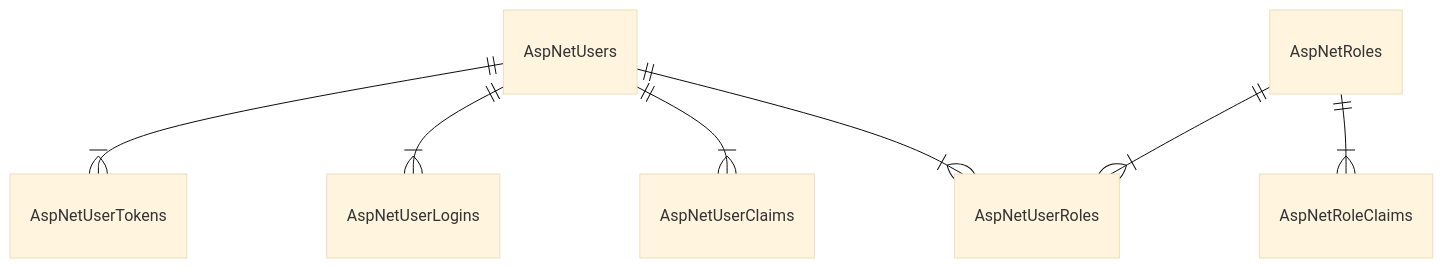
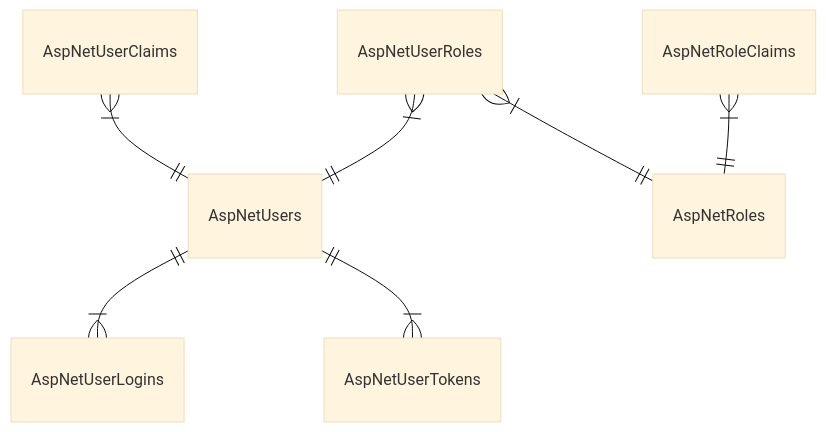
One commit to tsctsc6/Hugo-Website changed the diagram in content/post/Use-Aspnet-Identity-In-Aspnet-Web-API.md. Above: the diagram before and after it, drawn with Mermaid (base theme).

Commit message:
调整 mermaid

````diff
--- a/content/post/Use-Aspnet-Identity-In-Aspnet-Web-API.md
+++ b/content/post/Use-Aspnet-Identity-In-Aspnet-Web-API.md
@@ -21,9 +21,9 @@
 ```mermaid
 erDiagram
-    AspNetUsers ||--|{ AspNetUserRoles : ""
-    AspNetUsers ||--|{ AspNetUserClaims : ""
+    AspNetUserRoles }|--|| AspNetUsers : ""
+    AspNetUserClaims }|--|| AspNetUsers : ""
     AspNetUsers ||--|{ AspNetUserLogins : ""
     AspNetUsers ||--|{ AspNetUserTokens : ""
-    AspNetRoles ||--|{ AspNetRoleClaims : ""
-    AspNetRoles ||--|{ AspNetUserRoles : ""
+    AspNetRoleClaims }|--|| AspNetRoles : ""
+    AspNetUserRoles }|--|| AspNetRoles : ""
 ```
````
